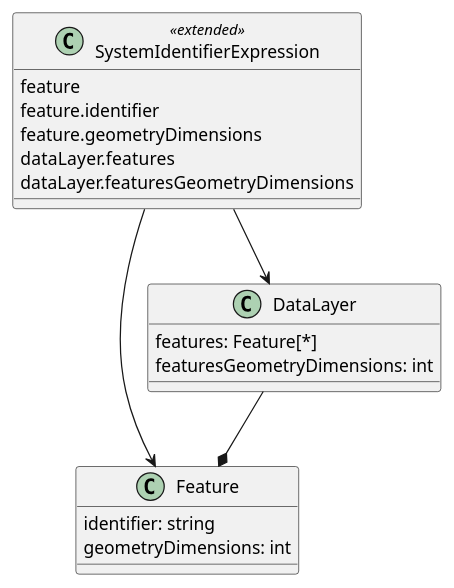
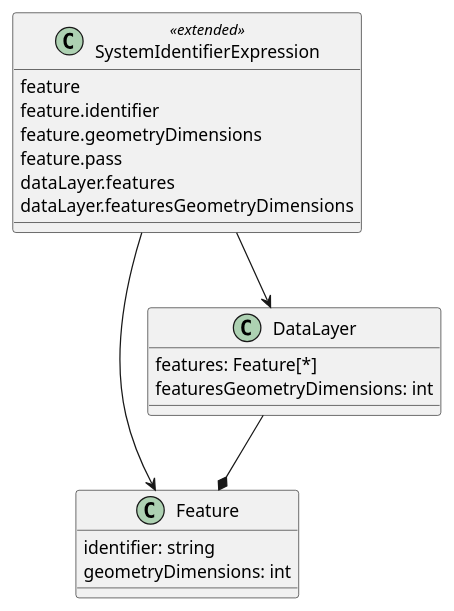
Before and after one commit to opengeospatial/styles-and-symbology: the second of 13 diagrams in core/sections/clause_8_vector.adoc, drawn with PlantUML. The commit also changed other lines of this file and 3 other files, not shown here.

Commit message:
7, 8: Fixes and progress on clarifying zOrder, viz.pass and feature.pass

```diff
--- a/core/sections/clause_8_vector.adoc
+++ b/core/sections/clause_8_vector.adoc
@@ -46,18 +46,19 @@
 [plantuml, target=diagram-classes, format=png]
 ....
 class SystemIdentifierExpression <<extended>>
 SystemIdentifierExpression : feature
 SystemIdentifierExpression : feature.identifier
 SystemIdentifierExpression : feature.geometryDimensions
+SystemIdentifierExpression : feature.pass
 SystemIdentifierExpression : dataLayer.features
 SystemIdentifierExpression : dataLayer.featuresGeometryDimensions
 SystemIdentifierExpression --> Feature
 SystemIdentifierExpression --> DataLayer
 
 Feature : identifier: string
 Feature : geometryDimensions: int
 
 DataLayer : features: Feature[*]
 DataLayer : featuresGeometryDimensions: int
 DataLayer --* Feature
 ....
```
